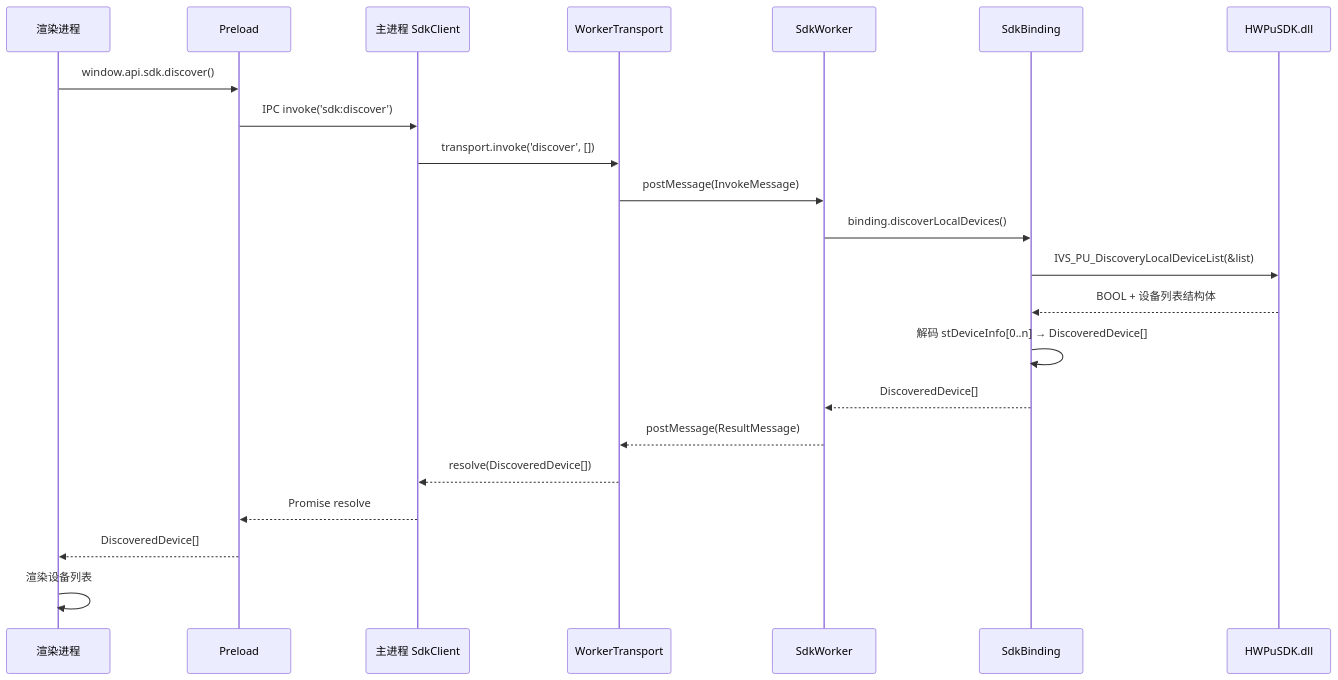
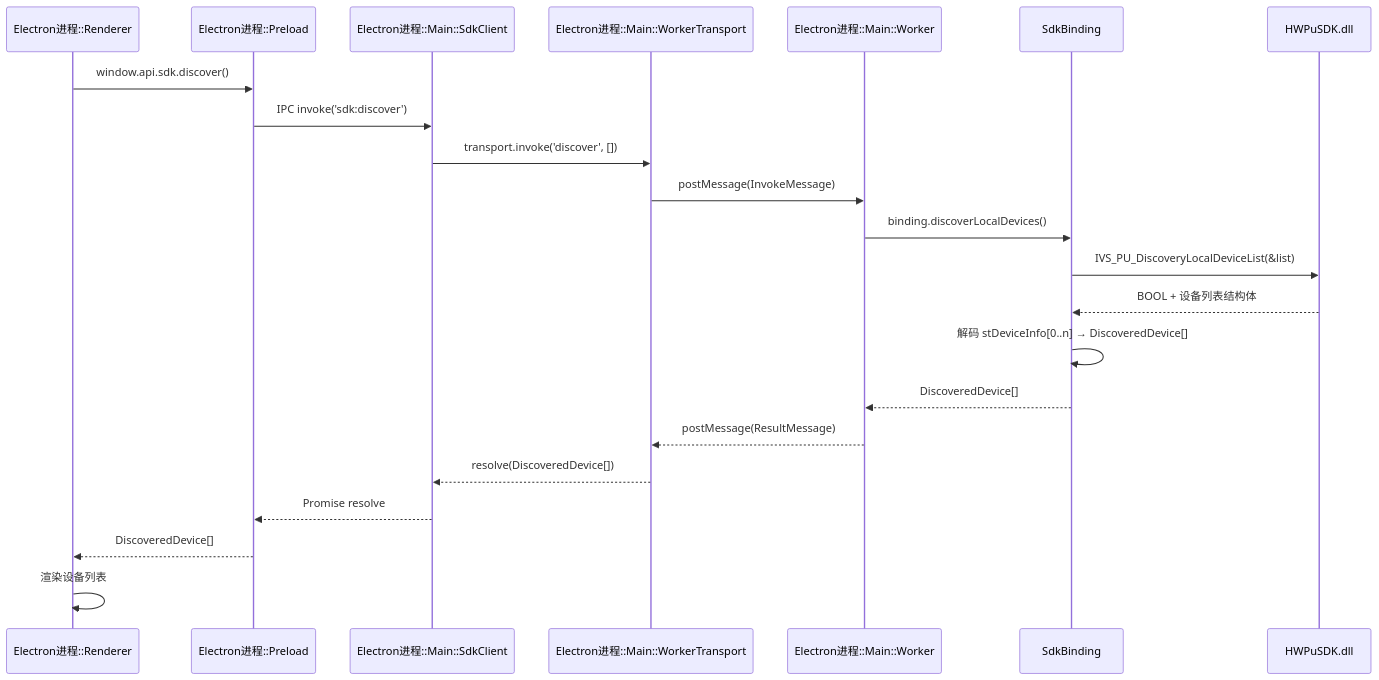
One commit to lupnfer/vue_with_csdk changed the second of 12 diagrams in docs/architecture-diagrams.md. Above: the diagram before and after it, drawn with Mermaid. The commit also changed other lines of this file, not shown here.

Commit message:
docs: 统一时序图 participant 命名为 Electron进程::模块 格式

````diff
--- a/docs/architecture-diagrams.md
+++ b/docs/architecture-diagrams.md
@@ -101,25 +101,25 @@
 ```mermaid
 sequenceDiagram
-    participant R as 渲染进程
-    participant P as Preload
-    participant M as 主进程 SdkClient
-    participant T as WorkerTransport
-    participant W as SdkWorker
+    participant R as Electron进程::Renderer
+    participant P as Electron进程::Preload
+    participant M as Electron进程::Main::SdkClient
+    participant T as Electron进程::Main::WorkerTransport
+    participant W as Electron进程::Main::Worker
     participant B as SdkBinding
     participant DLL as HWPuSDK.dll
 
     R->>P: window.api.sdk.discover()
     P->>M: IPC invoke('sdk:discover')
     M->>T: transport.invoke('discover', [])
     T->>W: postMessage(InvokeMessage)
     W->>B: binding.discoverLocalDevices()
     B->>DLL: IVS_PU_DiscoveryLocalDeviceList(&list)
     DLL-->>B: BOOL + 设备列表结构体
     B->>B: 解码 stDeviceInfo[0..n] → DiscoveredDevice[]
     B-->>W: DiscoveredDevice[]
     W-->>T: postMessage(ResultMessage)
     T-->>M: resolve(DiscoveredDevice[])
     M-->>P: Promise resolve
     P-->>R: DiscoveredDevice[]
     R->>R: 渲染设备列表
 ```
````
